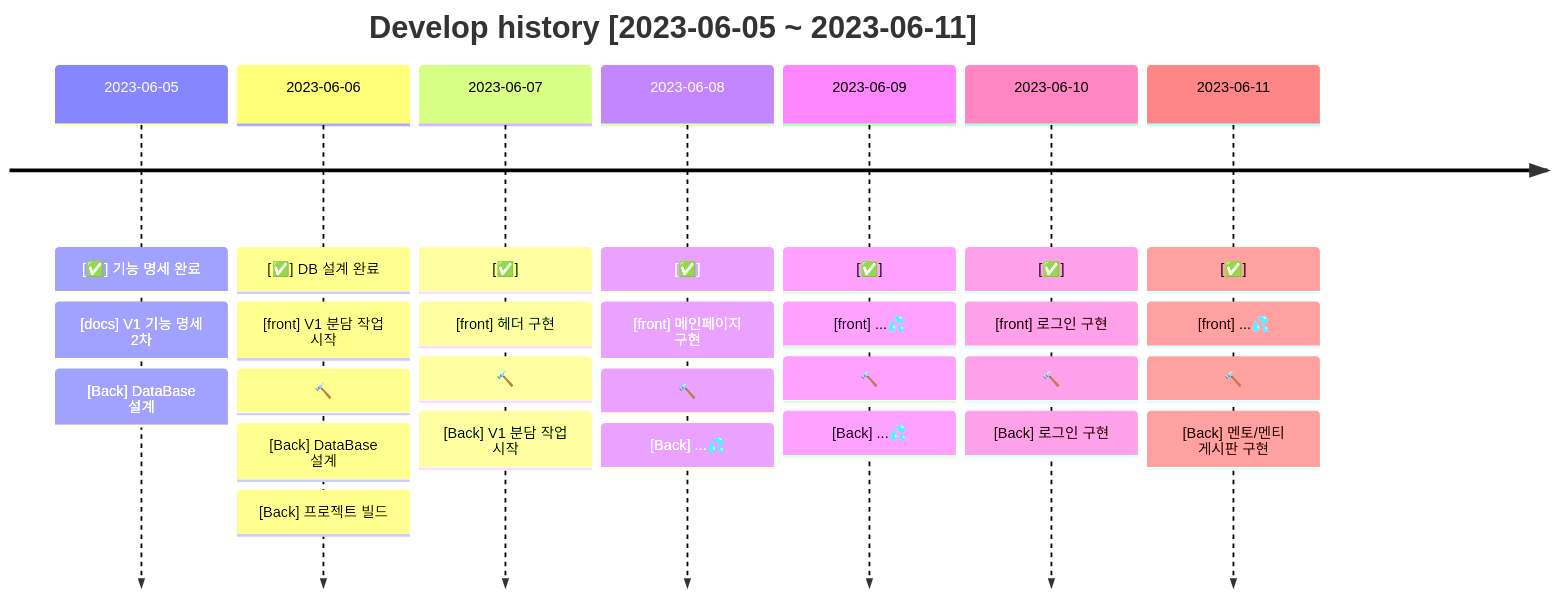
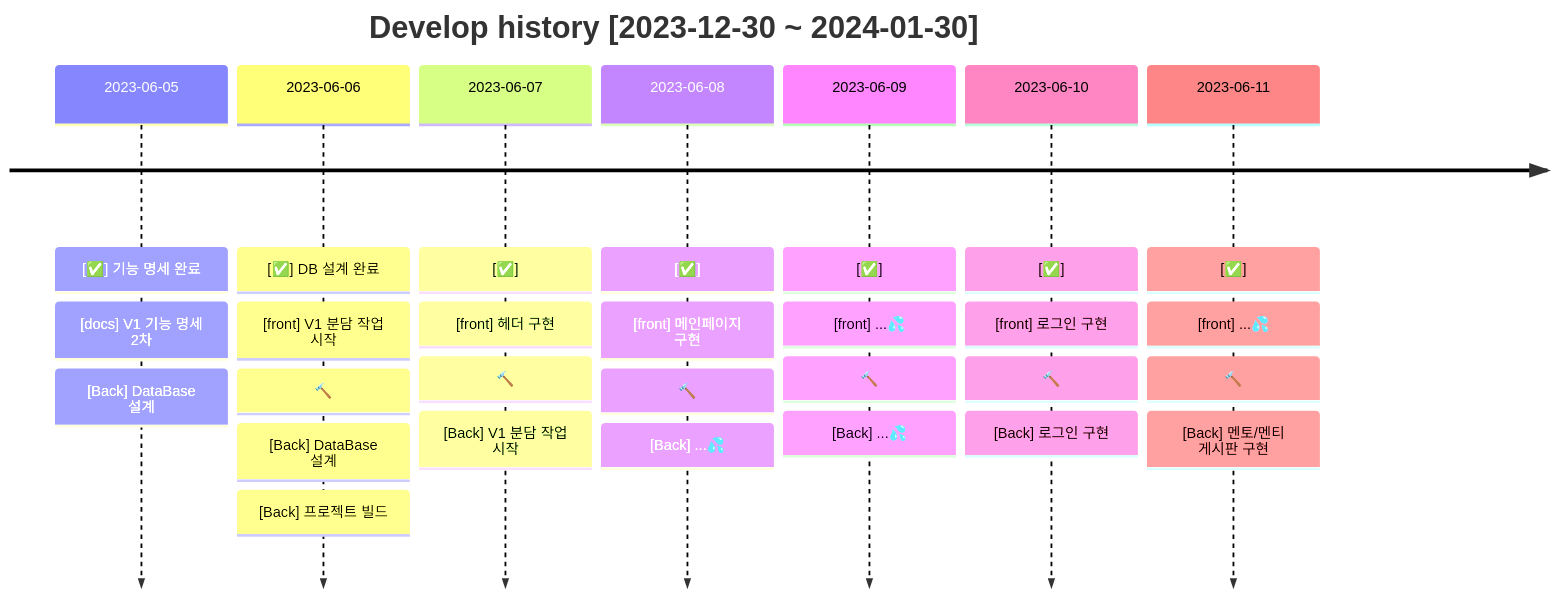
One commit to zoosickcompany/WOWIN changed the second of 6 diagrams in README.md. Above: the diagram before and after it, drawn with Mermaid. The commit also changed other lines of this file and 1 other file, not shown here.

````diff
--- a/README.md
+++ b/README.md
@@ -193,32 +193,32 @@
 ```mermaid
 timeline
-    title Develop history [2023-06-05 ~ 2023-06-11]
+    title Develop history [2023-12-30 ~ 2024-01-30]
     2023-06-05: [✅] 기능 명세 완료
             : [docs] V1 기능 명세 2차
             : [Back] DataBase 설계
     2023-06-06: [✅] DB 설계 완료
             : [front] V1 분담 작업 시작
             : 🔨
             : [Back] DataBase 설계
             : [Back] 프로젝트 빌드
     2023-06-07: [✅]
             : [front] 헤더 구현
             : 🔨
             : [Back] V1 분담 작업 시작
     2023-06-08: [✅]
             : [front] 메인페이지 구현
             : 🔨
             : [Back] ...💦
     2023-06-09: [✅]
             : [front] ...💦
             : 🔨
             : [Back] ...💦
     2023-06-10: [✅]
             : [front] 로그인 구현
             : 🔨
             : [Back] 로그인 구현
     2023-06-11: [✅]
             : [front] ...💦
             : 🔨
             : [Back] 멘토/멘티 게시판 구현
 ```
````
